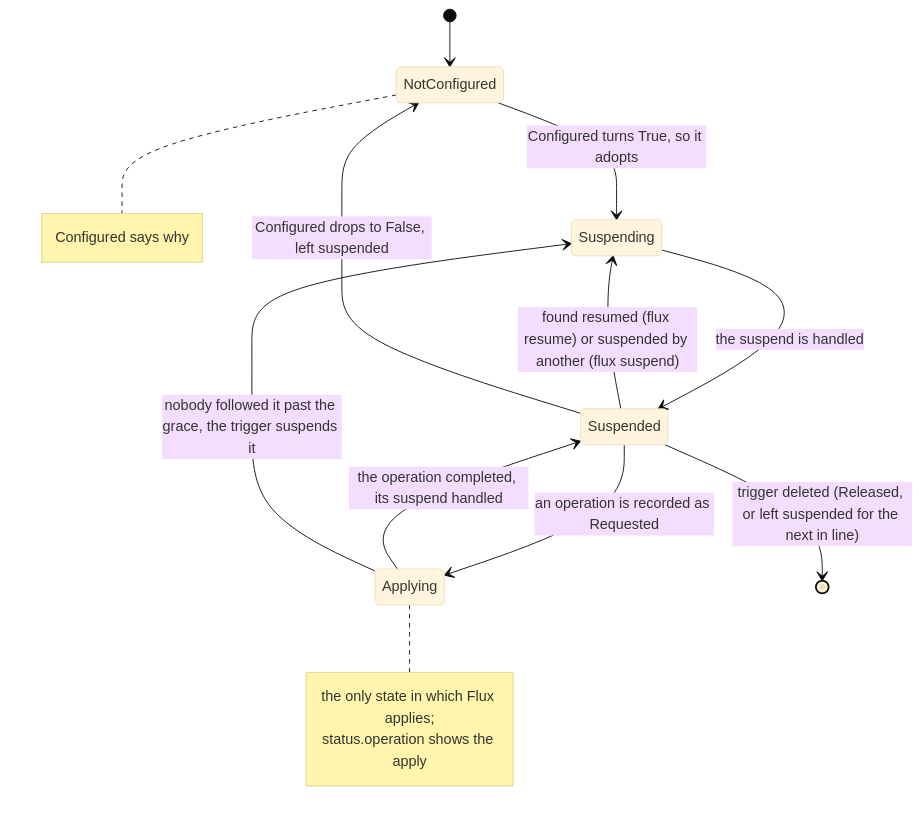
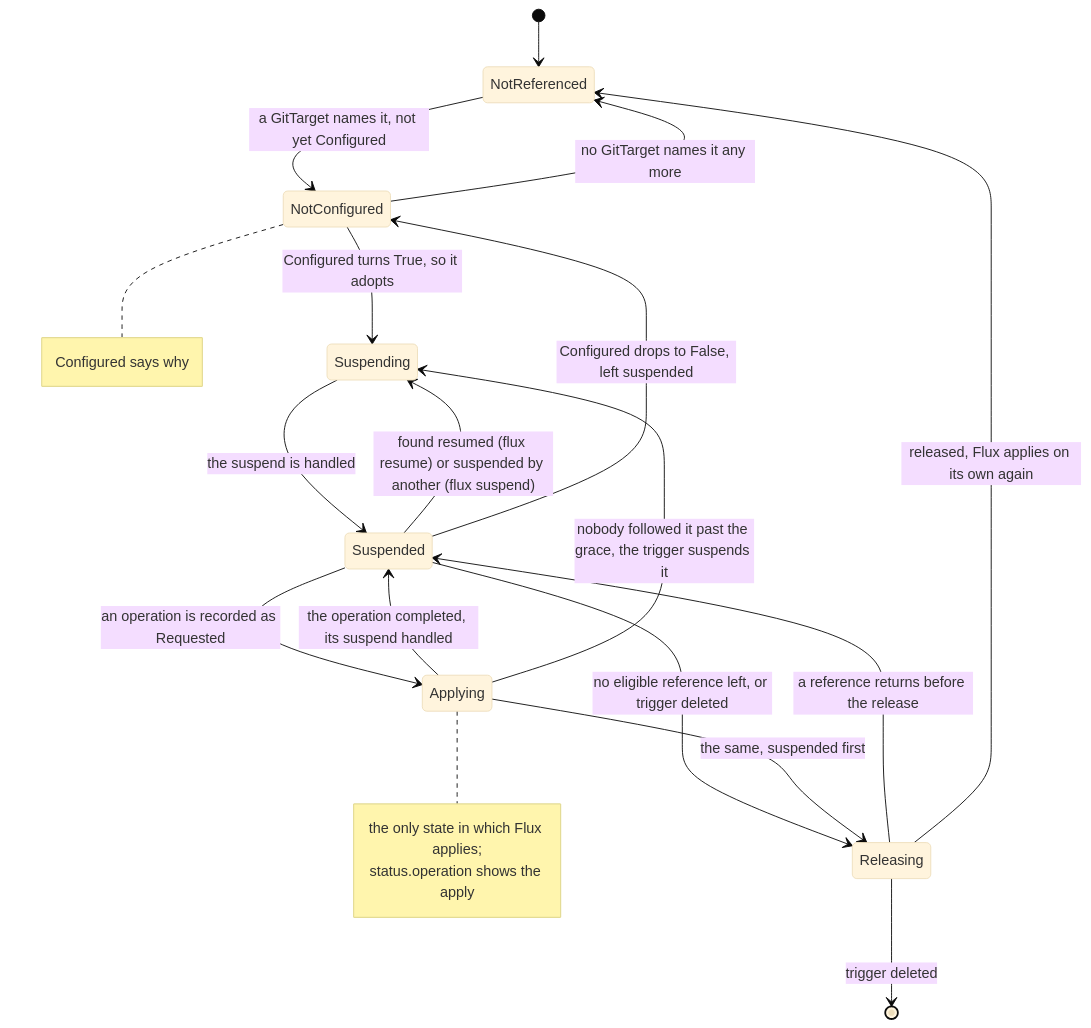
The first of 2 diagrams in docs/bi-directional-flux.md (ConfigButler/gitops-reverser), drawn with Mermaid (base theme) before and after one commit. The commit also changed other lines of this file and 25 other files, not shown here.

````diff
--- a/docs/bi-directional-flux.md
+++ b/docs/bi-directional-flux.md
@@ -213,20 +218,26 @@
 ```mermaid
 stateDiagram-v2
-    [*] --> NotConfigured
+    [*] --> NotReferenced
+    NotReferenced --> NotConfigured: a GitTarget names it, not yet Configured
+    NotConfigured --> NotReferenced: no GitTarget names it any more
     NotConfigured --> Suspending: Configured turns True, so it adopts
     Suspending --> Suspended: the suspend is handled
     Suspended --> Applying: an operation is recorded as Requested
     Applying --> Suspended: the operation completed, its suspend handled
     Applying --> Suspending: nobody followed it past the grace, the trigger suspends it
     Suspended --> Suspending: found resumed (flux resume) or suspended by another (flux suspend)
     Suspended --> NotConfigured: Configured drops to False, left suspended
-    Suspended --> [*]: trigger deleted (Released, or left suspended for the next in line)
+    Suspended --> Releasing: no eligible reference left, or trigger deleted
+    Applying --> Releasing: the same, suspended first
+    Releasing --> Suspended: a reference returns before the release
+    Releasing --> NotReferenced: released, Flux applies on its own again
+    Releasing --> [*]: trigger deleted
 
     note right of NotConfigured
         Configured says why
     end note
     note right of Applying
         the only state in which Flux applies;
         status.operation shows the apply
     end note
 ```
````
